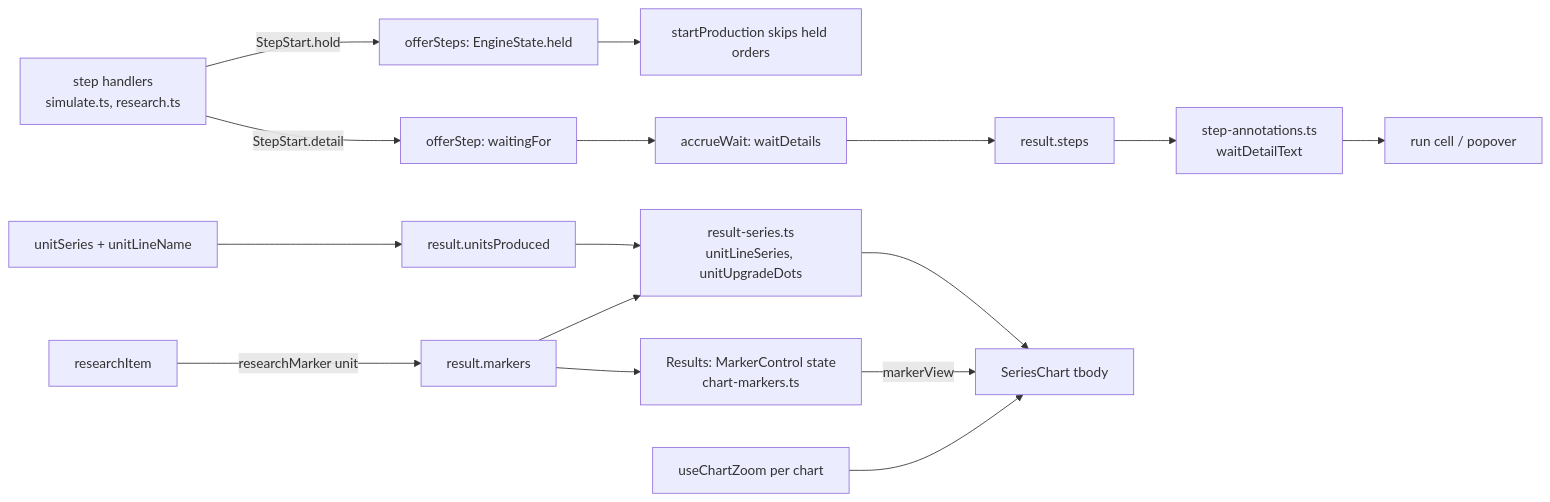
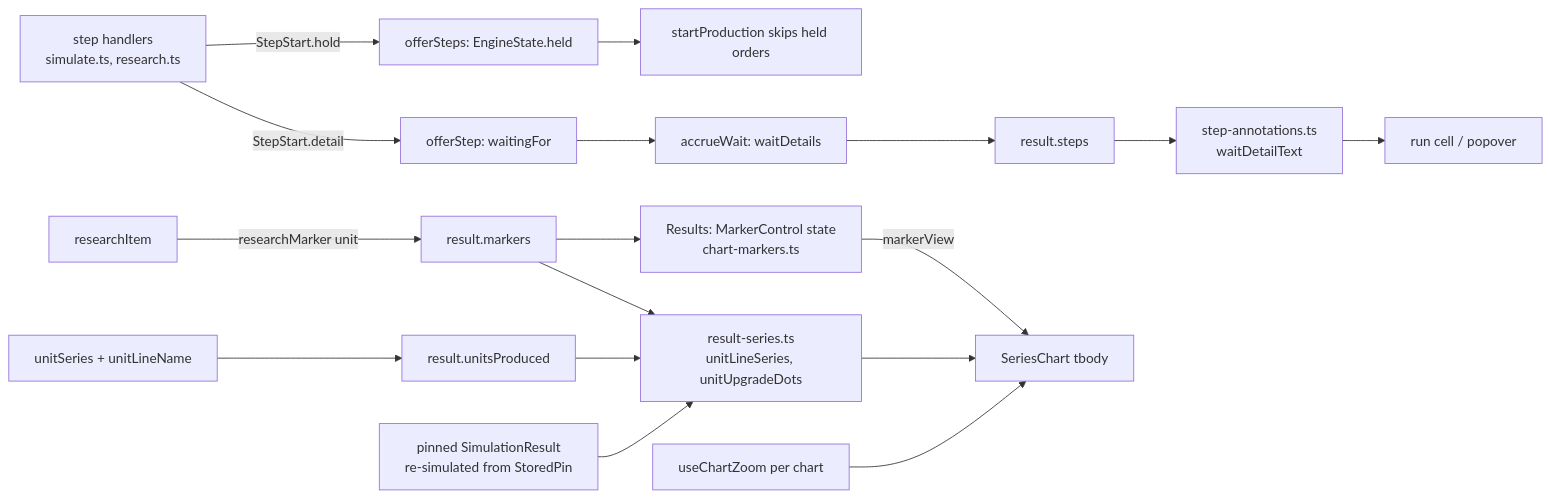
Before and after one commit to NicholasKChoi/WOTR_Combat_Simulator: the diagram in projects/strategy-game-sim/design/M11.md, drawn with Mermaid. The commit also changed other lines of this file and 2 other files, not shown here.

Commit message:
code-factory: revise M11 design for OD3=A and pinned dots; refile approvals

````diff
--- a/projects/strategy-game-sim/design/M11.md
+++ b/projects/strategy-game-sim/design/M11.md
@@ -321,15 +327,16 @@
 ```mermaid
 flowchart LR
   H[step handlers<br/>simulate.ts, research.ts] -- StepStart.detail --> O[offerStep: waitingFor]
   H -- StepStart.hold --> HO[offerSteps: EngineState.held] --> SP[startProduction skips held orders]
   O --> A[accrueWait: waitDetails]
   R[researchItem] -- researchMarker unit --> M[result.markers]
   U[unitSeries + unitLineName] --> P[result.unitsProduced]
   A --> T[result.steps]
   T --> SA[step-annotations.ts<br/>waitDetailText] --> UI1[run cell / popover]
   P --> RS[result-series.ts<br/>unitLineSeries, unitUpgradeDots]
   M --> RS
+  PIN[pinned SimulationResult<br/>re-simulated from StoredPin] --> RS
   RS --> SC[SeriesChart tbody]
   M --> MC[Results: MarkerControl state<br/>chart-markers.ts] -- markerView --> SC
   Z[useChartZoom per chart] --> SC
 ```
````
